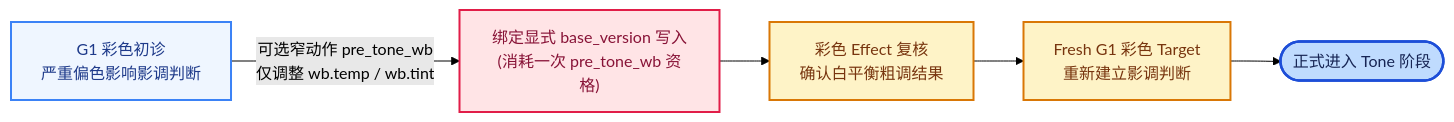
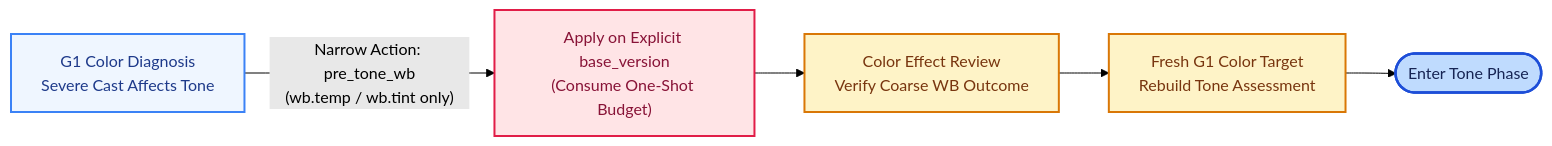
The diagram in docs/tone-guidance-v20.md (ARCHIC001/RetouchAgain), drawn with Mermaid (forest theme) before and after one commit. The commit also changed 4 other files, not shown here.

````diff
--- a/docs/tone-guidance-v20.md
+++ b/docs/tone-guidance-v20.md
@@ -30,12 +30,12 @@
 ```mermaid
 flowchart LR
     classDef flowStart fill:#eff6ff,stroke:#3b82f6,color:#1e3a8a,stroke-width:2px
     classDef flowEnd fill:#bfdbfe,stroke:#1d4ed8,color:#172554,stroke-width:2.5px
     classDef origVisual fill:#fef3c7,stroke:#d97706,color:#78350f,stroke-width:2px
     classDef origGuard fill:#ffe4e6,stroke:#e11d48,color:#881337,stroke-width:2px
 
-    G1["G1 彩色初诊<br/>严重偏色影响影调判断"]:::flowStart -->|"可选窄动作 pre_tone_wb<br/>仅调整 wb.temp / wb.tint"| Apply["绑定显式 base_version 写入<br/>(消耗一次 pre_tone_wb 资格)"]:::origGuard
-    Apply --> Eff["彩色 Effect 复核<br/>确认白平衡粗调结果"]:::origVisual
-    Eff --> FreshG1["Fresh G1 彩色 Target<br/>重新建立影调判断"]:::origVisual
-    FreshG1 --> Tone(["正式进入 Tone 阶段"]):::flowEnd
+    G1["G1 Color Diagnosis<br/>Severe Cast Affects Tone"]:::flowStart -->|"Narrow Action: pre_tone_wb<br/>(wb.temp / wb.tint only)"| Apply["Apply on Explicit base_version<br/>(Consume One-Shot Budget)"]:::origGuard
+    Apply --> Eff["Color Effect Review<br/>Verify Coarse WB Outcome"]:::origVisual
+    Eff --> FreshG1["Fresh G1 Color Target<br/>Rebuild Tone Assessment"]:::origVisual
+    FreshG1 --> Tone(["Enter Tone Phase"]):::flowEnd
 ```
````
